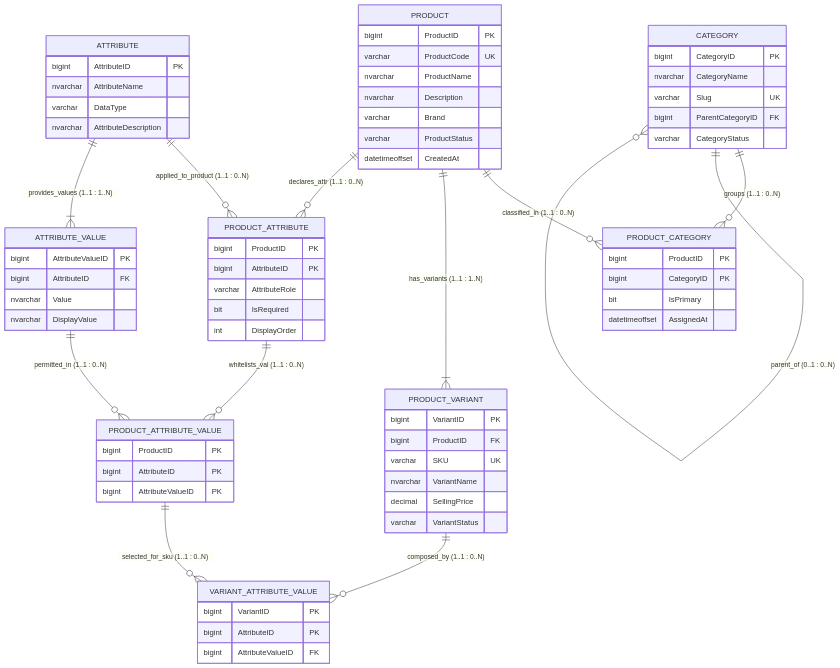
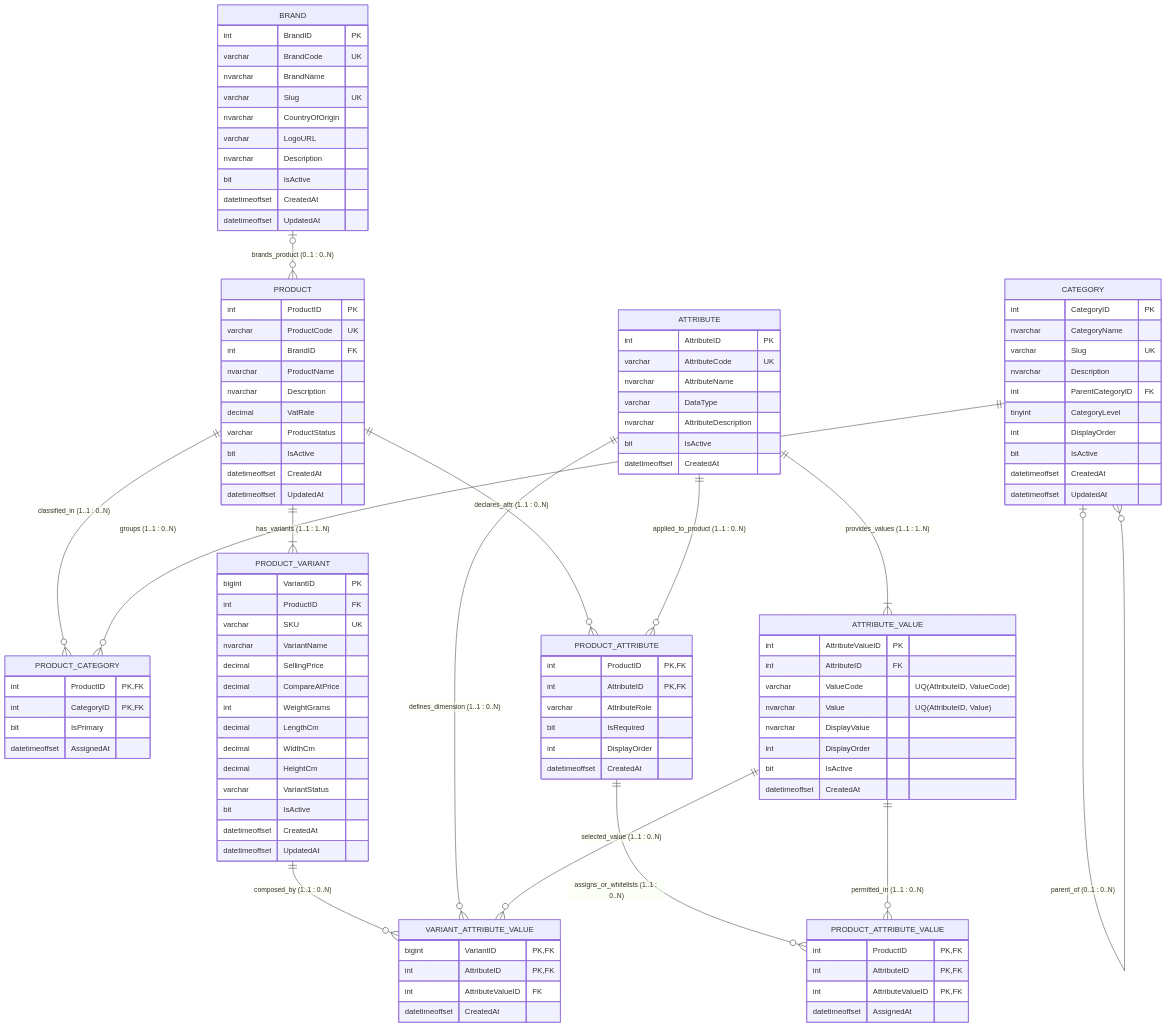
One commit to itzchugnn/RetailCore-E-commerce-Management-System changed the diagram in docs/erd/mermaid/Product-Catalog.md. Above: the diagram before and after it, drawn with Mermaid. The commit also changed 42 other files, not shown here.

````diff
--- a/docs/erd/mermaid/Product-Catalog.md
+++ b/docs/erd/mermaid/Product-Catalog.md
@@ -1,8 +1,9 @@
 ```mermaid
 erDiagram
+    BRAND |o--o{ PRODUCT : "brands_product (0..1 : 0..N)"
     PRODUCT ||--o{ PRODUCT_CATEGORY : "classified_in (1..1 : 0..N)"
     CATEGORY ||--o{ PRODUCT_CATEGORY : "groups (1..1 : 0..N)"
-    CATEGORY ||--o{ CATEGORY : "parent_of (0..1 : 0..N)"
+    CATEGORY |o--o{ CATEGORY : "parent_of (0..1 : 0..N)"
 
     PRODUCT ||--|{ PRODUCT_VARIANT : "has_variants (1..1 : 1..N)"
 
@@ -11,69 +12,108 @@
 
     ATTRIBUTE ||--|{ ATTRIBUTE_VALUE : "provides_values (1..1 : 1..N)"
 
-    PRODUCT_ATTRIBUTE ||--o{ PRODUCT_ATTRIBUTE_VALUE : "whitelists_val (1..1 : 0..N)"
+    PRODUCT_ATTRIBUTE ||--o{ PRODUCT_ATTRIBUTE_VALUE : "assigns_or_whitelists (1..1 : 0..N)"
     ATTRIBUTE_VALUE ||--o{ PRODUCT_ATTRIBUTE_VALUE : "permitted_in (1..1 : 0..N)"
 
     PRODUCT_VARIANT ||--o{ VARIANT_ATTRIBUTE_VALUE : "composed_by (1..1 : 0..N)"
-    PRODUCT_ATTRIBUTE_VALUE ||--o{ VARIANT_ATTRIBUTE_VALUE : "selected_for_sku (1..1 : 0..N)"
+    ATTRIBUTE ||--o{ VARIANT_ATTRIBUTE_VALUE : "defines_dimension (1..1 : 0..N)"
+    ATTRIBUTE_VALUE ||--o{ VARIANT_ATTRIBUTE_VALUE : "selected_value (1..1 : 0..N)"
 
+    BRAND {
+        int BrandID PK
+        varchar BrandCode UK
+        nvarchar BrandName
+        varchar Slug UK
+        nvarchar CountryOfOrigin
+        varchar LogoURL
+        nvarchar Description
+        bit IsActive
+        datetimeoffset CreatedAt
+        datetimeoffset UpdatedAt
+    }
+    CATEGORY {
+        int CategoryID PK
+        nvarchar CategoryName
+        varchar Slug UK
+        nvarchar Description
+        int ParentCategoryID FK
+        tinyint CategoryLevel
+        int DisplayOrder
+        bit IsActive
+        datetimeoffset CreatedAt
+        datetimeoffset UpdatedAt
+    }
     PRODUCT {
-        bigint ProductID PK
+        int ProductID PK
         varchar ProductCode UK
+        int BrandID FK
         nvarchar ProductName
         nvarchar Description
-        varchar Brand
+        decimal VatRate
         varchar ProductStatus
+        bit IsActive
         datetimeoffset CreatedAt
-    }
-    CATEGORY {
-        bigint CategoryID PK
-        nvarchar CategoryName
-        varchar Slug UK
-        bigint ParentCategoryID FK
-        varchar CategoryStatus
+        datetimeoffset UpdatedAt
     }
     PRODUCT_CATEGORY {
-        bigint ProductID PK
-        bigint CategoryID PK
+        int ProductID PK,FK
+        int CategoryID PK,FK
         bit IsPrimary
         datetimeoffset AssignedAt
     }
     PRODUCT_VARIANT {
         bigint VariantID PK
-        bigint ProductID FK
+        int ProductID FK
         varchar SKU UK
         nvarchar VariantName
         decimal SellingPrice
+        decimal CompareAtPrice
+        int WeightGrams
+        decimal LengthCm
+        decimal WidthCm
+        decimal HeightCm
         varchar VariantStatus
+        bit IsActive
+        datetimeoffset CreatedAt
+        datetimeoffset UpdatedAt
     }
     ATTRIBUTE {
-        bigint AttributeID PK
+        int AttributeID PK
+        varchar AttributeCode UK
         nvarchar AttributeName
         varchar DataType
         nvarchar AttributeDescription
+        bit IsActive
+        datetimeoffset CreatedAt
     }
     ATTRIBUTE_VALUE {
-        bigint AttributeValueID PK
-        bigint AttributeID FK
-        nvarchar Value
+        int AttributeValueID PK
+        int AttributeID FK
+        varchar ValueCode "UQ(AttributeID, ValueCode)"
+        nvarchar Value "UQ(AttributeID, Value)"
         nvarchar DisplayValue
+        int DisplayOrder
+        bit IsActive
+        datetimeoffset CreatedAt
     }
     PRODUCT_ATTRIBUTE {
-        bigint ProductID PK
-        bigint AttributeID PK
+        int ProductID PK,FK
+        int AttributeID PK,FK
         varchar AttributeRole
         bit IsRequired
         int DisplayOrder
+        datetimeoffset CreatedAt
     }
     PRODUCT_ATTRIBUTE_VALUE {
-        bigint ProductID PK
-        bigint AttributeID PK
-        bigint AttributeValueID PK
+        int ProductID PK,FK
+        int AttributeID PK,FK
+        int AttributeValueID PK,FK
+        datetimeoffset AssignedAt
     }
     VARIANT_ATTRIBUTE_VALUE {
-        bigint VariantID PK
-        bigint AttributeID PK
-        bigint AttributeValueID FK
+        bigint VariantID PK,FK
+        int AttributeID PK,FK
+        int AttributeValueID FK
+        datetimeoffset CreatedAt
     }
 ```
````
